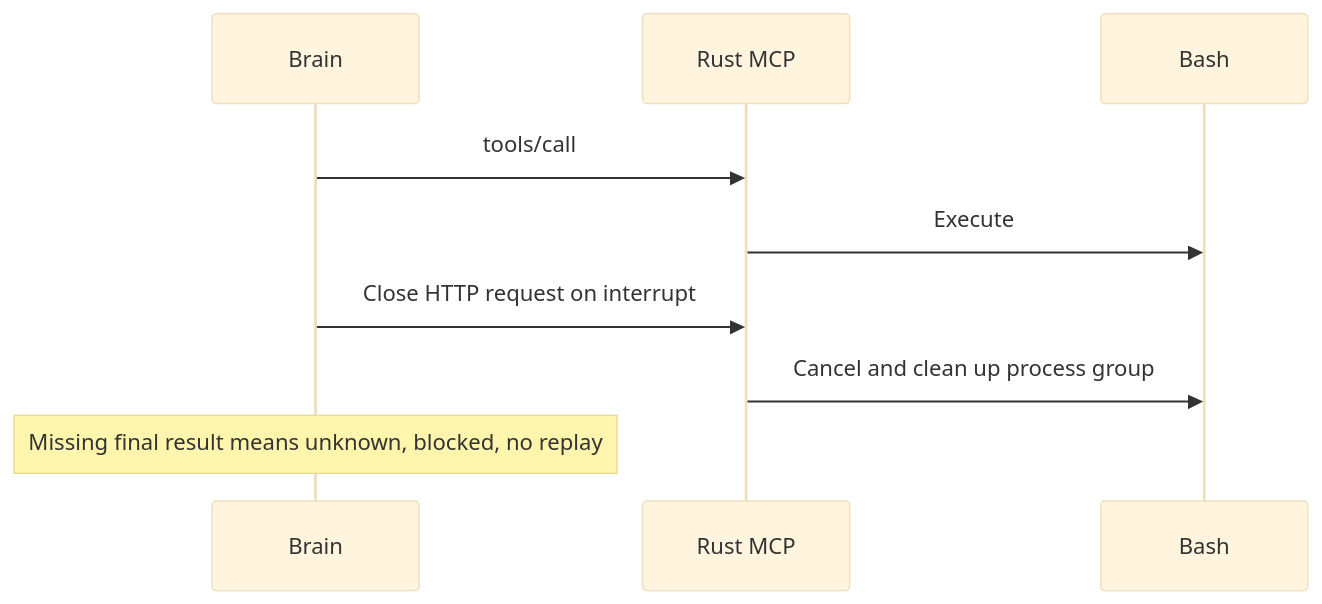
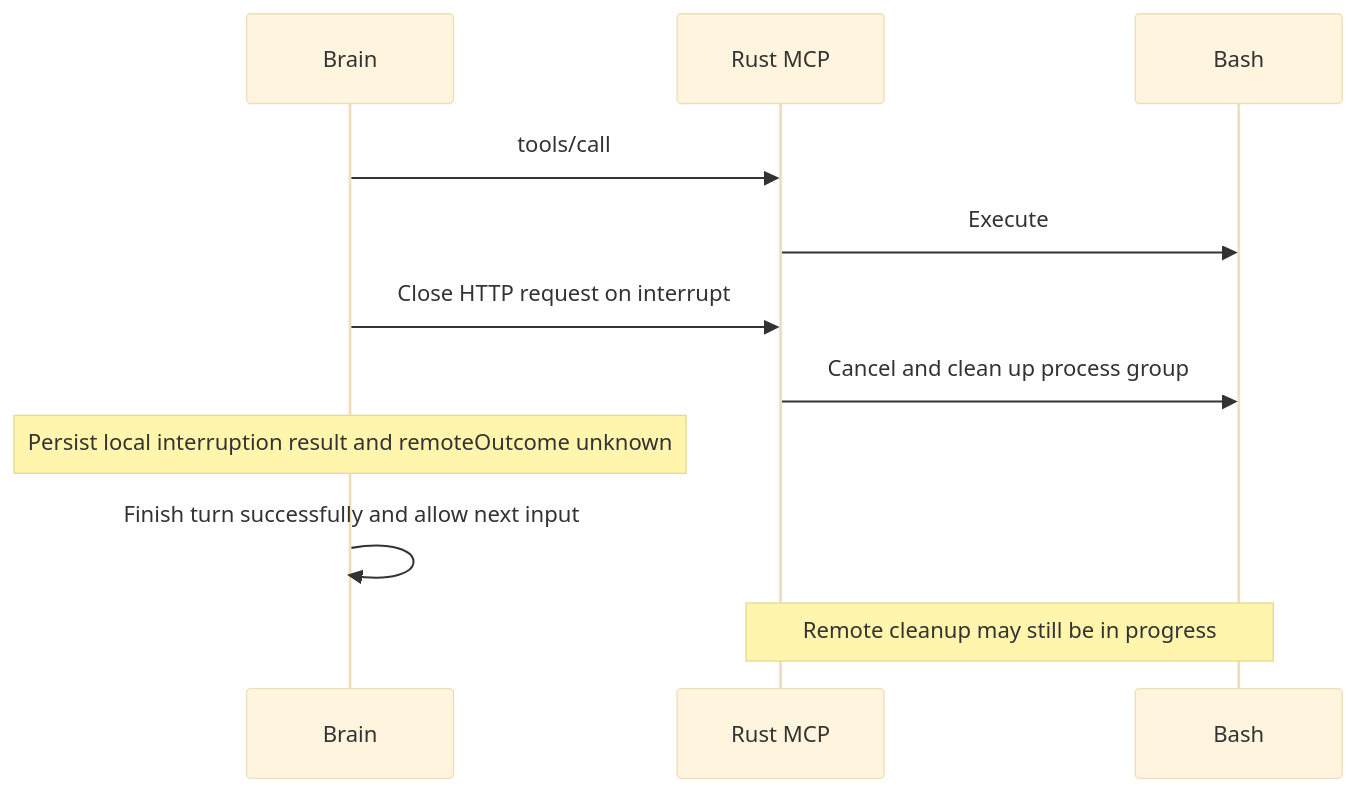
The fourth of 4 diagrams in docs/design/be/brain-runtime.md (superduck-ai/open-managed-agents), drawn with Mermaid (base theme) before and after one commit. The commit also changed other lines of this file and 8 other files, not shown here.

Commit message:
fix(brain): allow continuation after user tool interruption

````diff
--- a/docs/design/be/brain-runtime.md
+++ b/docs/design/be/brain-runtime.md
@@ -137,11 +139,13 @@
 ```mermaid
 sequenceDiagram
     participant Brain
     participant MCP as Rust MCP
     participant Bash
     Brain->>MCP: tools/call
     MCP->>Bash: Execute
     Brain->>MCP: Close HTTP request on interrupt
     MCP->>Bash: Cancel and clean up process group
-    Note over Brain: Missing final result means unknown, blocked, no replay
+    Note over Brain: Persist local interruption result and remoteOutcome unknown
+    Brain->>Brain: Finish turn successfully and allow next input
+    Note over MCP,Bash: Remote cleanup may still be in progress
 ```
````
